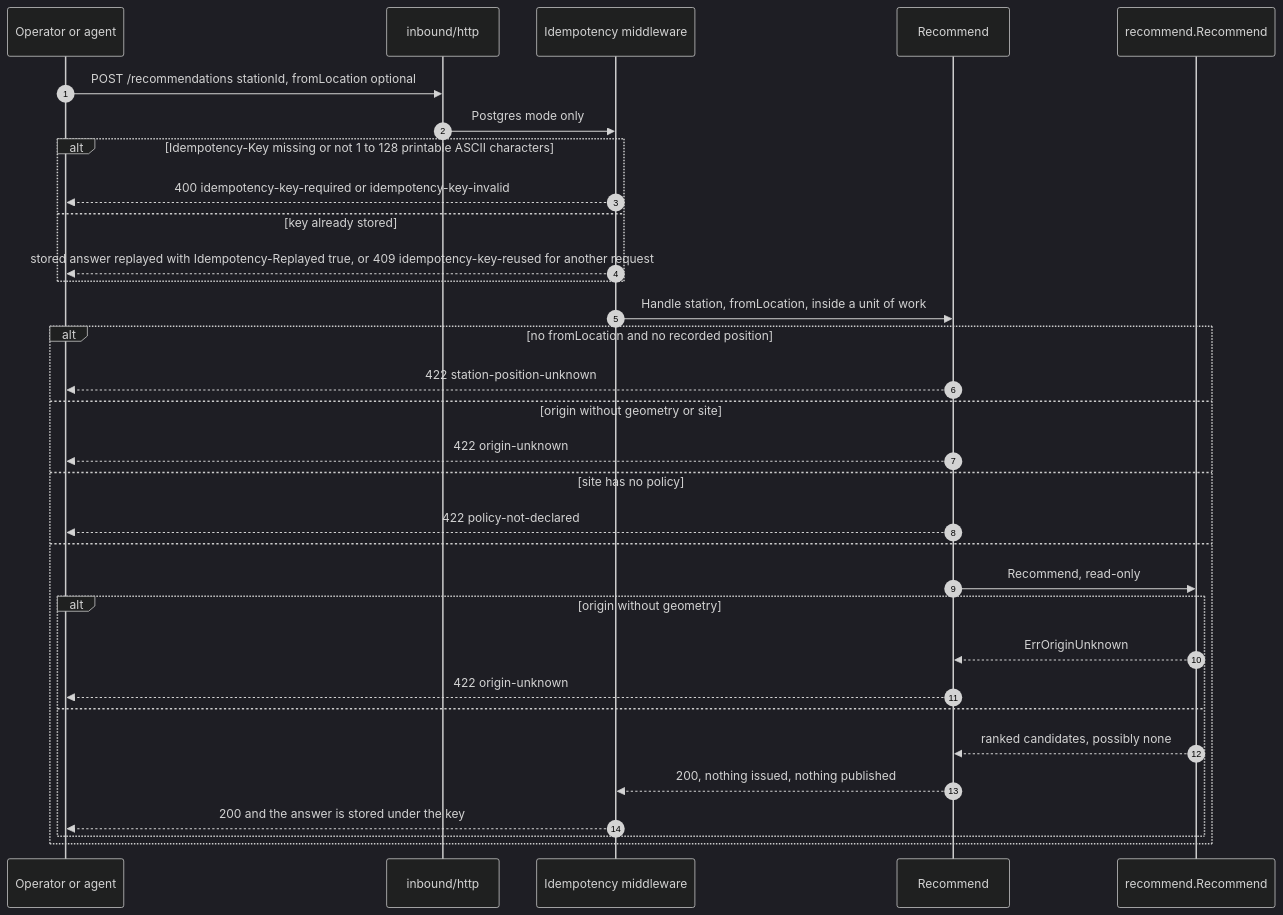
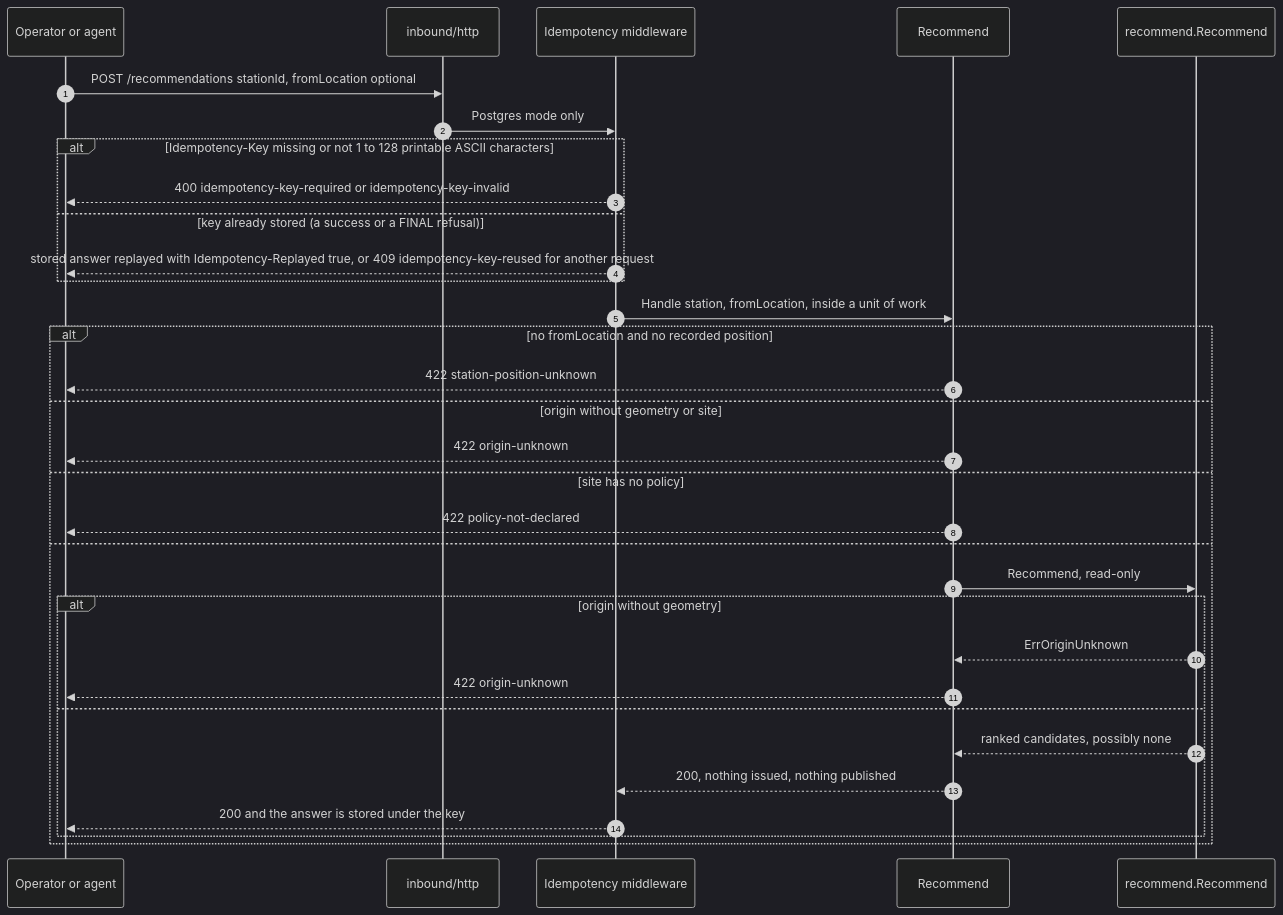
Before and after one commit to IQVO/task-interleaving: the fifth of 5 diagrams in docs/docs/ddd/sequence-diagrams.md, drawn with Mermaid (dark theme). The commit also changed other lines of this file and 31 other files, not shown here.

First line of the commit message:
feat(idempotency): every problem type has a replay class; a retryable refusal is not stored (#80)

````diff
--- a/docs/docs/ddd/sequence-diagrams.md
+++ b/docs/docs/ddd/sequence-diagrams.md
@@ -221,35 +221,35 @@
 ```mermaid
 sequenceDiagram
     autonumber
     participant O as Operator or agent
     participant H as inbound/http
     participant I as Idempotency middleware
     participant UC as Recommend
     participant R as recommend.Recommend
 
     O->>H: POST /recommendations stationId, fromLocation optional
     H->>I: Postgres mode only
     alt Idempotency-Key missing or not 1 to 128 printable ASCII characters
         I-->>O: 400 idempotency-key-required or idempotency-key-invalid
-    else key already stored
+    else key already stored (a success or a FINAL refusal)
         I-->>O: stored answer replayed with Idempotency-Replayed true, or 409 idempotency-key-reused for another request
     end
     I->>UC: Handle station, fromLocation, inside a unit of work
     alt no fromLocation and no recorded position
         UC-->>O: 422 station-position-unknown
     else origin without geometry or site
         UC-->>O: 422 origin-unknown
     else site has no policy
         UC-->>O: 422 policy-not-declared
     else
         UC->>R: Recommend, read-only
         alt origin without geometry
             R-->>UC: ErrOriginUnknown
             UC-->>O: 422 origin-unknown
         else
             R-->>UC: ranked candidates, possibly none
             UC-->>I: 200, nothing issued, nothing published
             I-->>O: 200 and the answer is stored under the key
         end
     end
 ```
````
